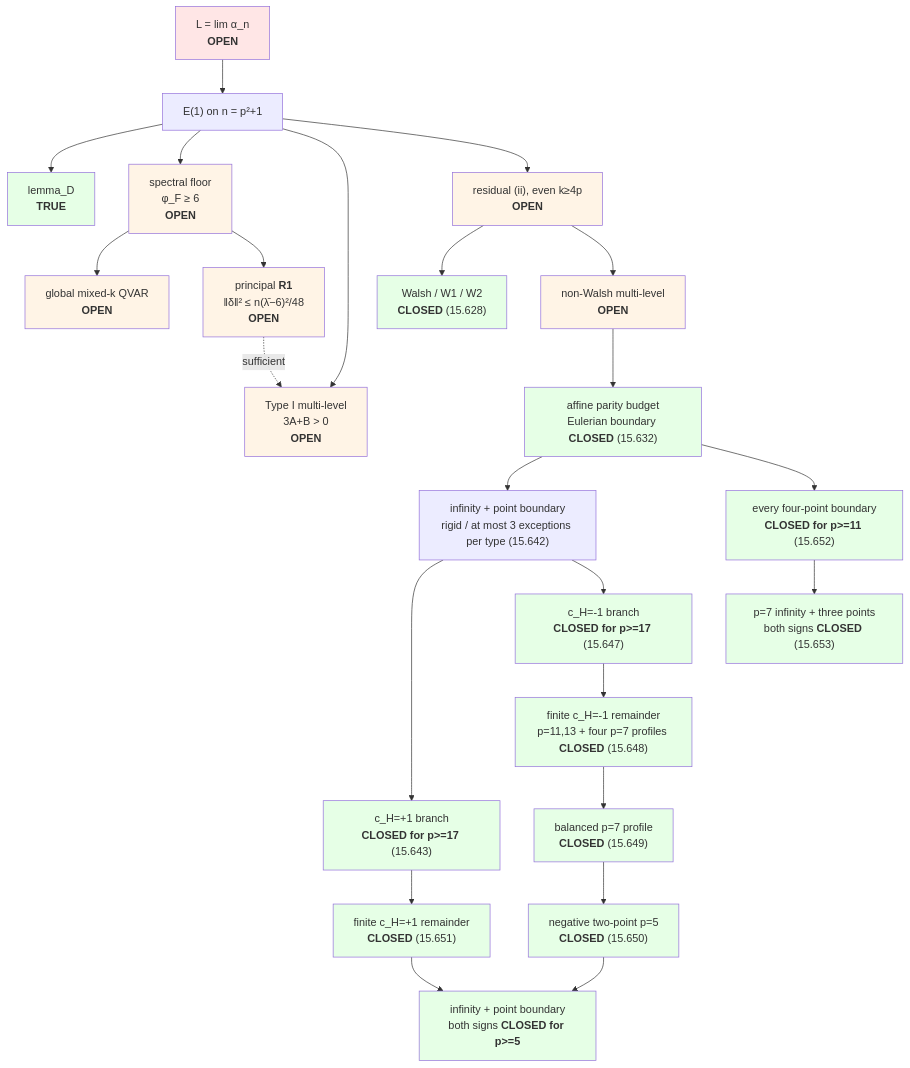
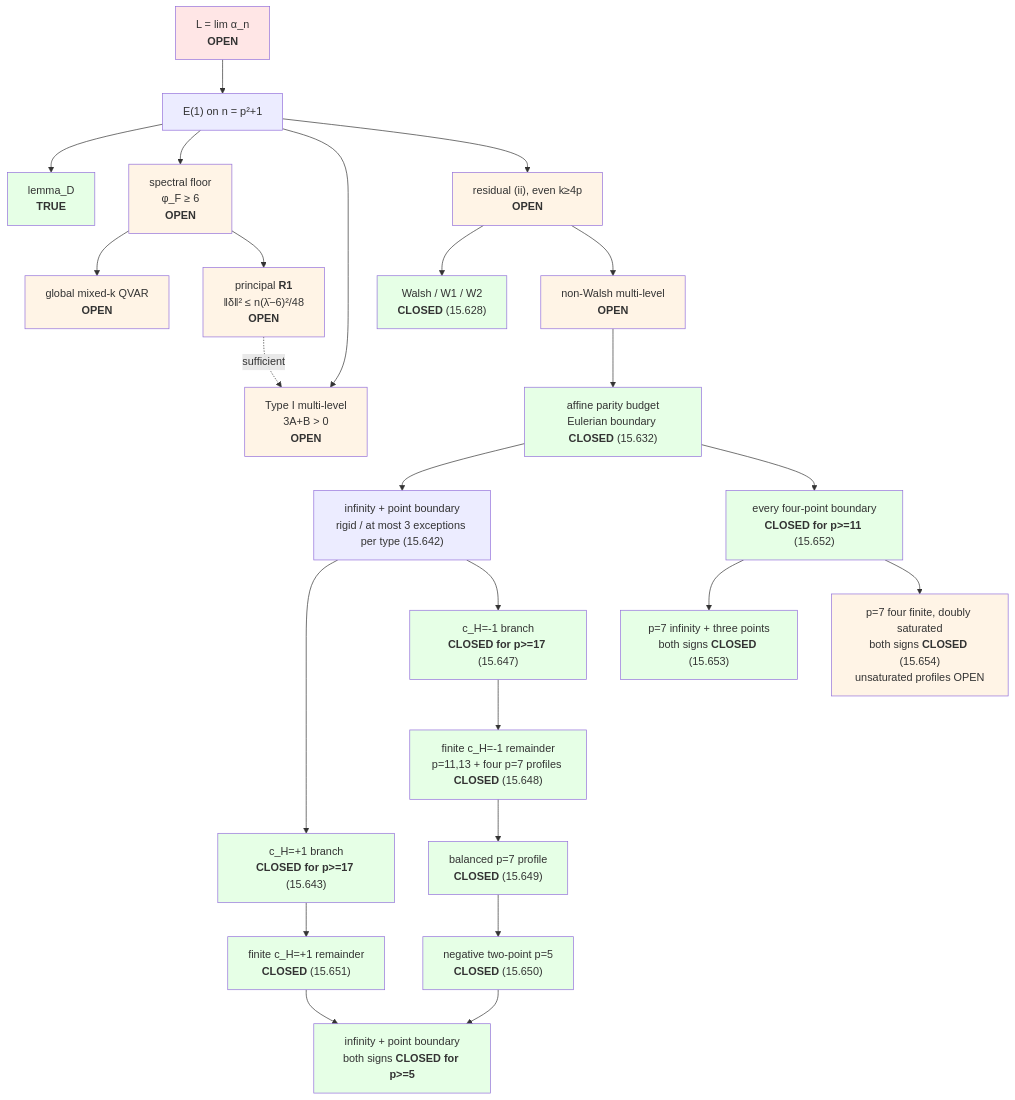
One commit to luckyseoul/quadratic-minmax-limit changed the diagram in README.md. Above: the diagram before and after it, drawn with Mermaid. The commit also changed other lines of this file and 9 other files, not shown here.

Commit message:
Exclude saturated p7 four-finite boundaries

````diff
--- a/README.md
+++ b/README.md
@@ -121,44 +125,46 @@
 ```mermaid
 graph TD
     L["L = lim α_n<br/><b>OPEN</b>"] --> E1["E(1) on n = p²+1"]
     E1 --> D["lemma_D<br/><b>TRUE</b>"]
     E1 --> FLOOR["spectral floor<br/>φ_F ≥ 6<br/><b>OPEN</b>"]
     FLOOR --> QVAR["global mixed-k QVAR<br/><b>OPEN</b>"]
     FLOOR --> R1["principal <b>R1</b><br/>‖δ‖² ≤ n(λ̄−6)²/48<br/><b>OPEN</b>"]
     E1 --> TYPEI["Type I multi-level<br/>3A+B > 0<br/><b>OPEN</b>"]
     R1 -. sufficient .-> TYPEI
     E1 --> RES["residual (ii), even k≥4p<br/><b>OPEN</b>"]
     RES --> WALSH["Walsh / W1 / W2<br/><b>CLOSED</b> (15.628)"]
     RES --> MULTI["non-Walsh multi-level<br/><b>OPEN</b>"]
     MULTI --> BUDGET["affine parity budget<br/>Eulerian boundary <b>CLOSED</b> (15.632)"]
     BUDGET --> RIGID["infinity + point boundary<br/>rigid / at most 3 exceptions per type (15.642)"]
     RIGID --> POSKILL["c_H=+1 branch<br/><b>CLOSED for p>=17</b> (15.643)"]
     POSKILL --> POSFINITE["finite c_H=+1 remainder<br/><b>CLOSED</b> (15.651)"]
     RIGID --> NEGKILL["c_H=-1 branch<br/><b>CLOSED for p>=17</b> (15.647)"]
     NEGKILL --> NEGFINITE["finite c_H=-1 remainder<br/>p=11,13 + four p=7 profiles <b>CLOSED</b> (15.648)"]
     NEGFINITE --> P7BAL["balanced p=7 profile<br/><b>CLOSED</b> (15.649)"]
     P7BAL --> P5NEG["negative two-point p=5<br/><b>CLOSED</b> (15.650)"]
     POSFINITE --> TWOPT["infinity + point boundary<br/>both signs <b>CLOSED for p>=5</b>"]
     P5NEG --> TWOPT
     BUDGET --> FOUR["every four-point boundary<br/><b>CLOSED for p>=11</b> (15.652)"]
     FOUR --> P7INF["p=7 infinity + three points<br/>both signs <b>CLOSED</b> (15.653)"]
+    FOUR --> P7SAT["p=7 four finite, doubly saturated<br/>both signs <b>CLOSED</b> (15.654)<br/>unsaturated profiles OPEN"]
     style L fill:#ffe6e6
     style D fill:#e6ffe6
     style FLOOR fill:#fff4e6
     style QVAR fill:#fff4e6
     style R1 fill:#fff4e6
     style TYPEI fill:#fff4e6
     style RES fill:#fff4e6
     style WALSH fill:#e6ffe6
     style MULTI fill:#fff4e6
     style BUDGET fill:#e6ffe6
     style P7BAL fill:#e6ffe6
     style P5NEG fill:#e6ffe6
     style POSFINITE fill:#e6ffe6
     style FOUR fill:#e6ffe6
     style P7INF fill:#e6ffe6
+    style P7SAT fill:#fff4e6
     style TWOPT fill:#e6ffe6
     style POSKILL fill:#e6ffe6
     style NEGKILL fill:#e6ffe6
     style NEGFINITE fill:#e6ffe6
 ```
````
